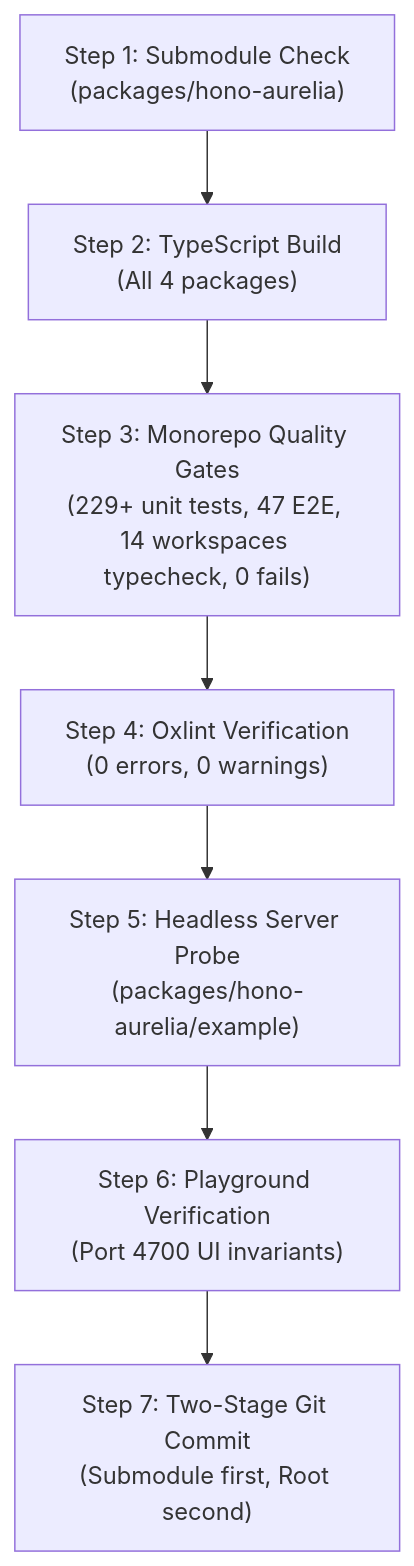
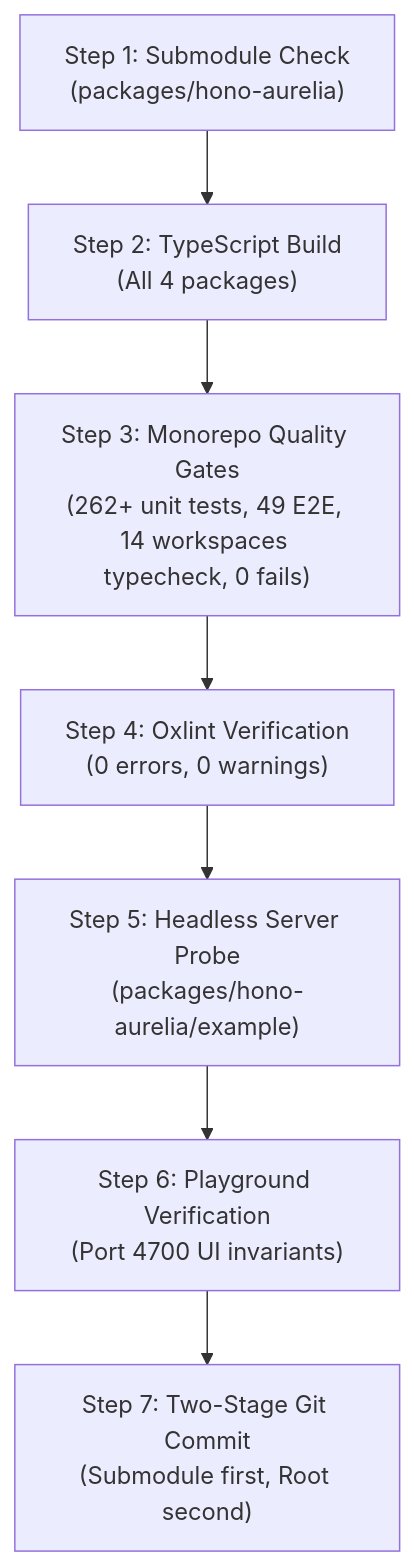
Before and after one commit to sandikodev/aureliajs: the diagram in .agents/skills/aurelia-toolchain-auditor/SKILL.md, drawn with Mermaid. The commit also changed 57 other files, not shown here.

Commit message:
harden workspace races, expand e2e, and sync quality gates

````diff
--- a/.agents/skills/aurelia-toolchain-auditor/SKILL.md
+++ b/.agents/skills/aurelia-toolchain-auditor/SKILL.md
@@ -89,9 +89,9 @@
 ```mermaid
 flowchart TD
     A["Step 1: Submodule Check\n(packages/hono-aurelia)"] --> B["Step 2: TypeScript Build\n(All 4 packages)"]
-    B --> C["Step 3: Monorepo Quality Gates\n(229+ unit tests, 47 E2E, 14 workspaces typecheck, 0 fails)"]
+    B --> C["Step 3: Monorepo Quality Gates\n(262+ unit tests, 49 E2E, 14 workspaces typecheck, 0 fails)"]
     C --> D["Step 4: Oxlint Verification\n(0 errors, 0 warnings)"]
     D --> E["Step 5: Headless Server Probe\n(packages/hono-aurelia/example)"]
     E --> F["Step 6: Playground Verification\n(Port 4700 UI invariants)"]
     F --> G["Step 7: Two-Stage Git Commit\n(Submodule first, Root second)"]
 ```
````
